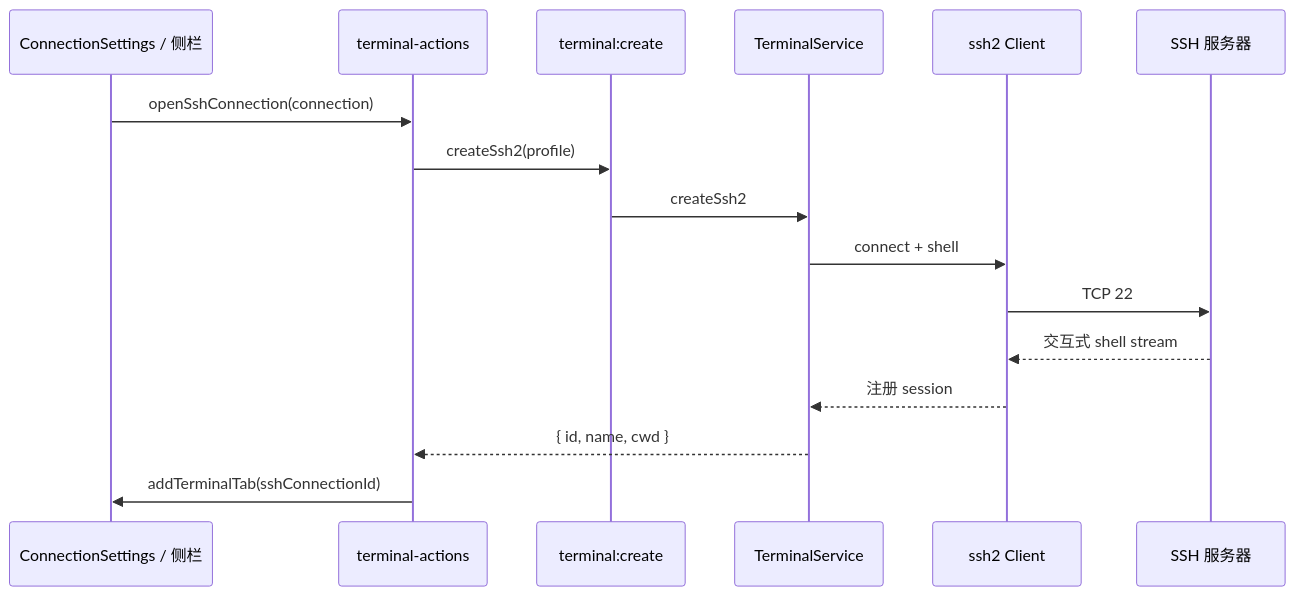
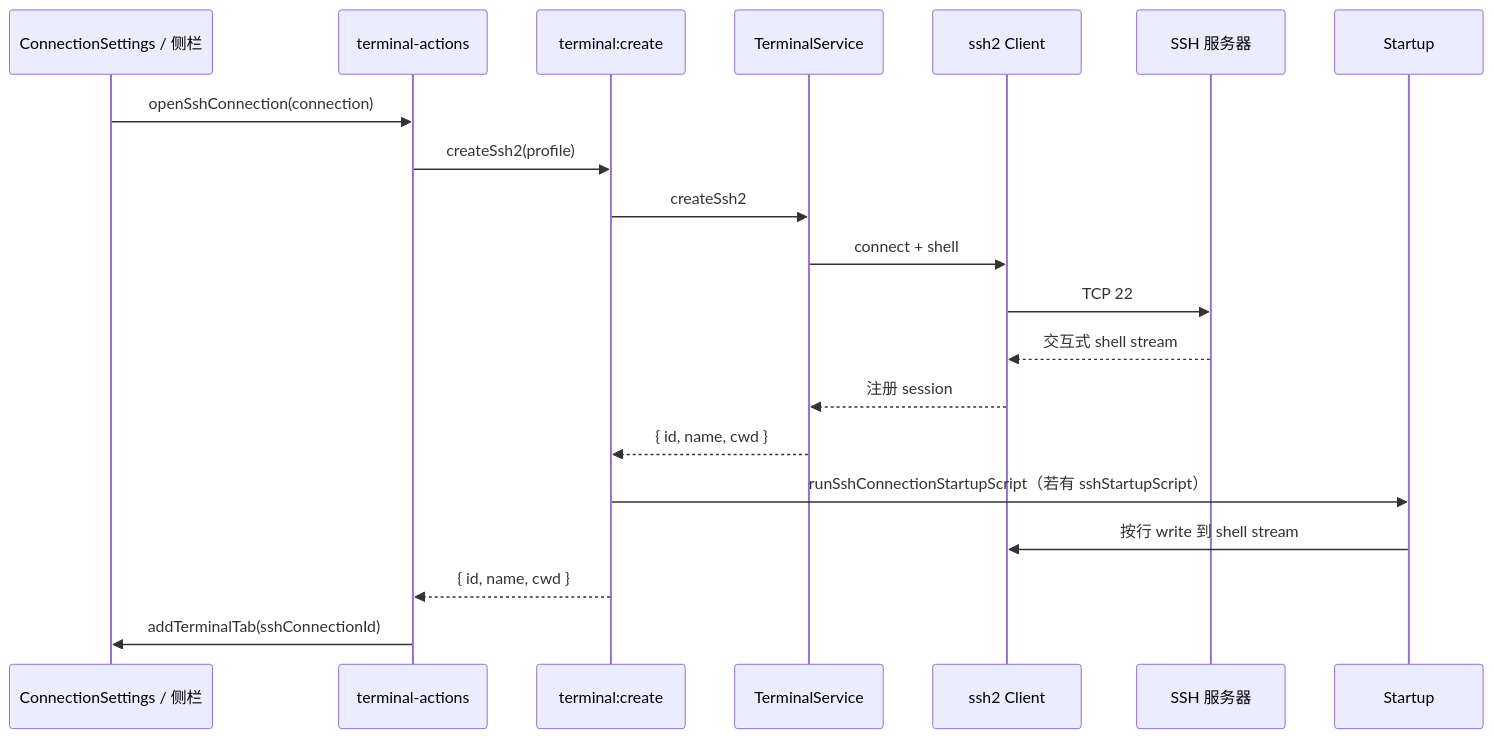
Before and after one commit to Landers1037/NioZy: the second of 3 diagrams in docs/功能SSH连接.md, drawn with Mermaid. The commit also changed other lines of this file and 10 other files, not shown here.

First line of the commit message:
feat(connections): add SSH post-connect startup script

````diff
--- a/docs/功能SSH连接.md
+++ b/docs/功能SSH连接.md
@@ -53,19 +56,22 @@
 ```mermaid
 sequenceDiagram
   participant UI as ConnectionSettings / 侧栏
   participant TA as terminal-actions
   participant API as terminal:create
   participant TS as TerminalService
   participant S2 as ssh2 Client
   participant Remote as SSH 服务器
 
   UI->>TA: openSshConnection(connection)
   TA->>API: createSsh2(profile)
   API->>TS: createSsh2
   TS->>S2: connect + shell
   S2->>Remote: TCP 22
   Remote-->>S2: 交互式 shell stream
   S2-->>TS: 注册 session
-  TS-->>TA: { id, name, cwd }
+  TS-->>API: { id, name, cwd }
+  API->>Startup: runSshConnectionStartupScript（若有 sshStartupScript）
+  Startup->>S2: 按行 write 到 shell stream
+  API-->>TA: { id, name, cwd }
   TA->>UI: addTerminalTab(sshConnectionId)
 ```
````
